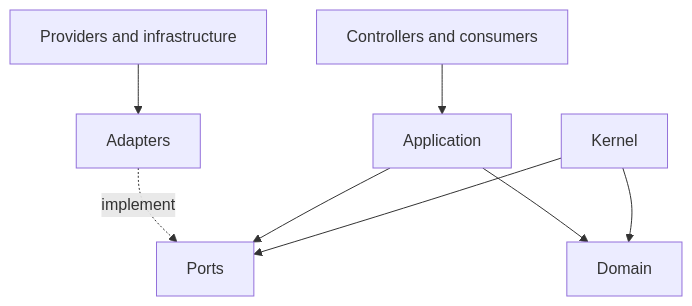
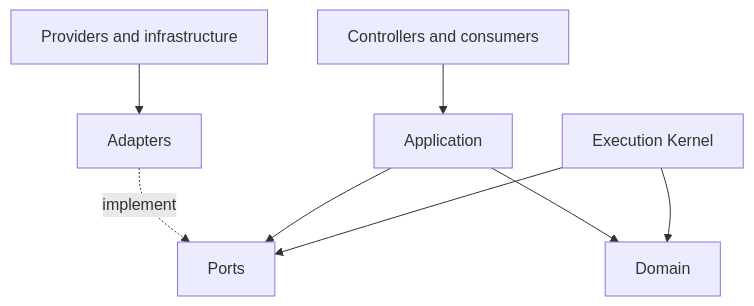
The fourth of 15 diagrams in diagrams/index.mdx (thaithienvanid/agentic-reference-architecture), drawn with Mermaid before and after one commit. The commit also changed other lines of this file, not shown here.

Commit message:
align diagram pack with canonical documentation and runtime model

````diff
--- a/diagrams/index.mdx
+++ b/diagrams/index.mdx
@@ -58,10 +63,10 @@
 ```mermaid
 flowchart TB
   Infra["Providers and infrastructure"] --> Adapters
   Adapters -. implement .-> Ports
   Driving["Controllers and consumers"] --> Application
   Application --> Domain
   Application --> Ports
-  Kernel --> Domain
+  Kernel["Execution Kernel"] --> Domain
   Kernel --> Ports
 ```
````
